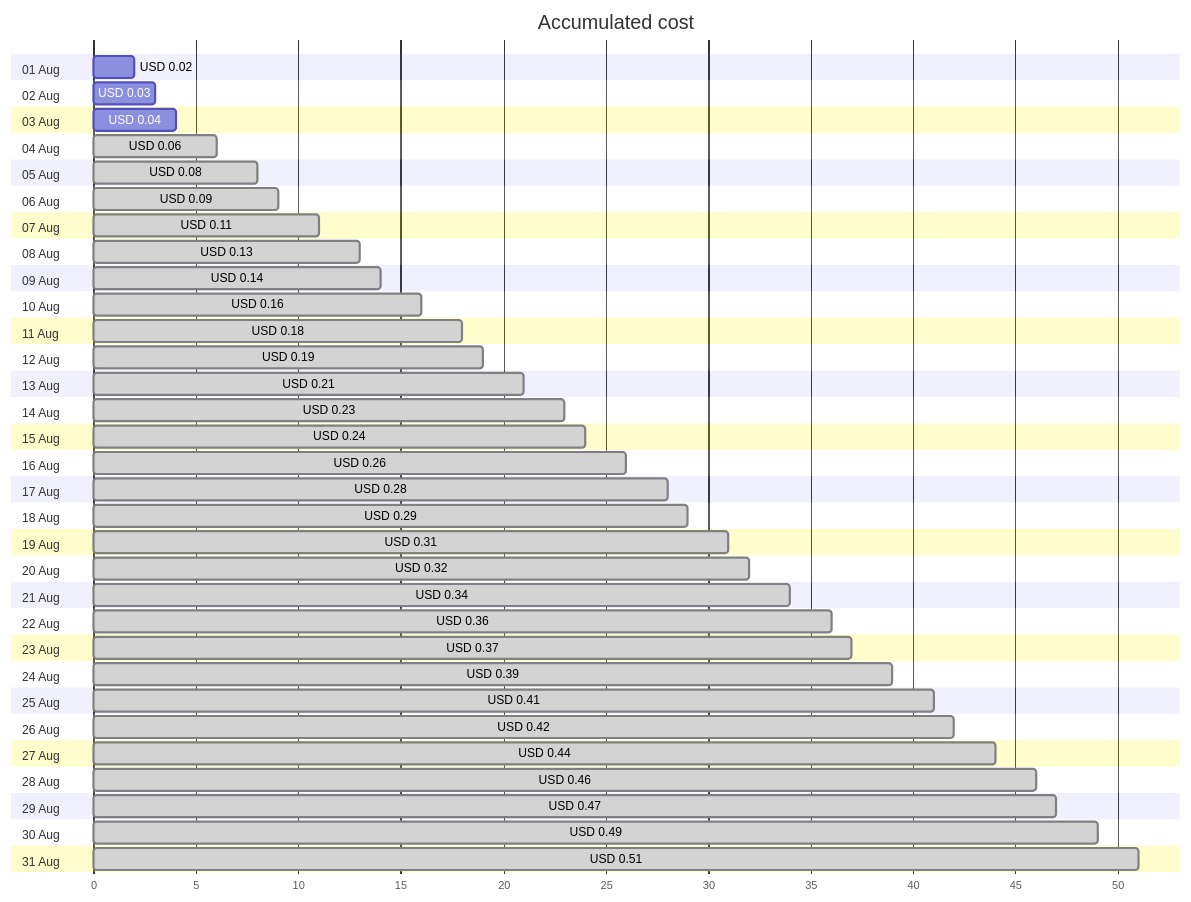
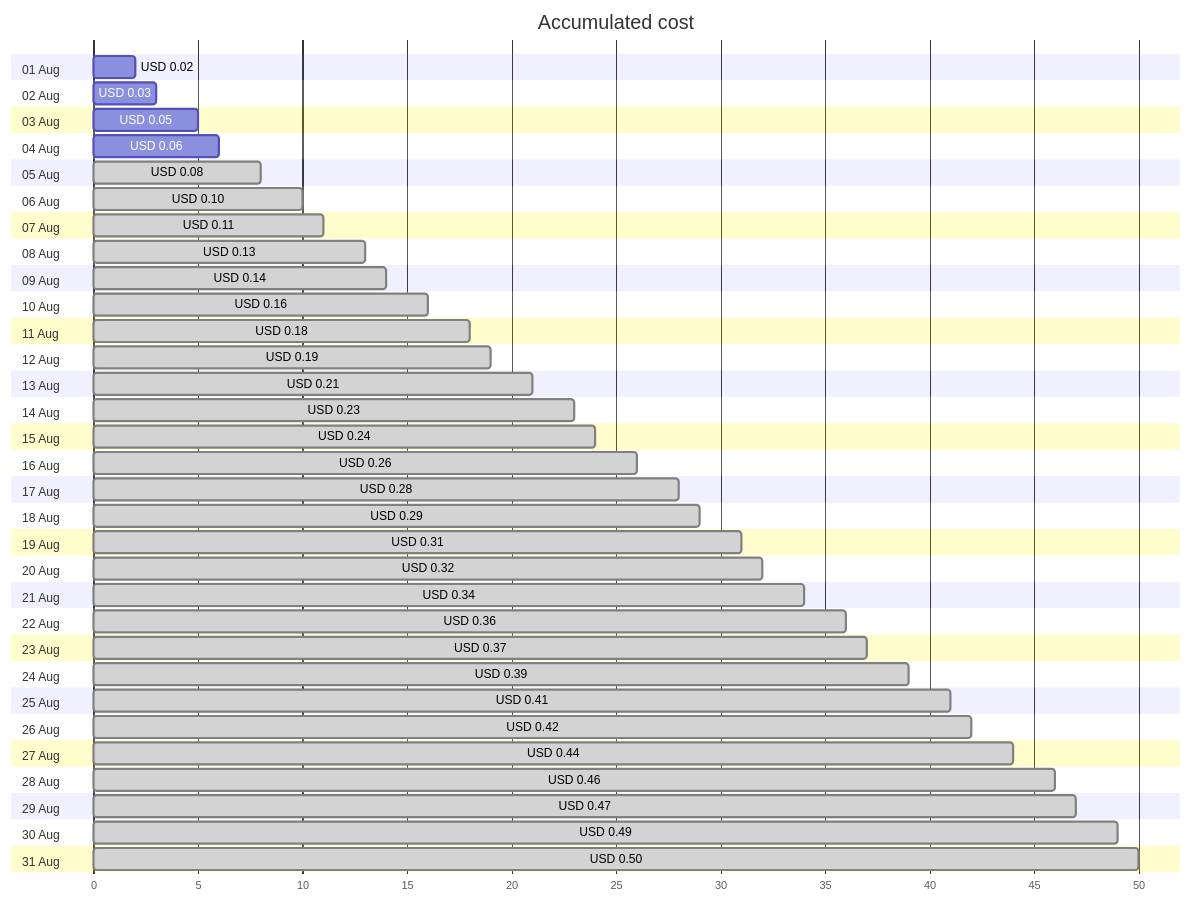
The first of 4 diagrams in cost-reports/personal-dns/jpatrickfulton.com.md (jpfulton/azure-personal-reports), drawn with Mermaid before and after one commit. The commit also changed other lines of this file and 2 other files, not shown here.

````diff
--- a/cost-reports/personal-dns/jpatrickfulton.com.md
+++ b/cost-reports/personal-dns/jpatrickfulton.com.md
@@ -20,68 +20,68 @@
 ```mermaid
 gantt
    title Accumulated cost
    dateFormat  X
    axisFormat %s
    section 01 Aug
    USD 0.02 :0, 2
    section 02 Aug
    USD 0.03 :0, 3
    section 03 Aug
-   USD 0.04 :0, 4
+   USD 0.05 :0, 5
    section 04 Aug
-   USD 0.06 : done, 0, 6
+   USD 0.06 :0, 6
    section 05 Aug
    USD 0.08 : done, 0, 8
    section 06 Aug
-   USD 0.09 : done, 0, 9
+   USD 0.10 : done, 0, 10
    section 07 Aug
    USD 0.11 : done, 0, 11
    section 08 Aug
    USD 0.13 : done, 0, 13
    section 09 Aug
    USD 0.14 : done, 0, 14
    section 10 Aug
    USD 0.16 : done, 0, 16
    section 11 Aug
    USD 0.18 : done, 0, 18
    section 12 Aug
    USD 0.19 : done, 0, 19
    section 13 Aug
    USD 0.21 : done, 0, 21
    section 14 Aug
    USD 0.23 : done, 0, 23
    section 15 Aug
    USD 0.24 : done, 0, 24
    section 16 Aug
    USD 0.26 : done, 0, 26
    section 17 Aug
    USD 0.28 : done, 0, 28
    section 18 Aug
    USD 0.29 : done, 0, 29
    section 19 Aug
    USD 0.31 : done, 0, 31
    section 20 Aug
    USD 0.32 : done, 0, 32
    section 21 Aug
    USD 0.34 : done, 0, 34
    section 22 Aug
    USD 0.36 : done, 0, 36
    section 23 Aug
    USD 0.37 : done, 0, 37
    section 24 Aug
    USD 0.39 : done, 0, 39
    section 25 Aug
    USD 0.41 : done, 0, 41
    section 26 Aug
    USD 0.42 : done, 0, 42
    section 27 Aug
    USD 0.44 : done, 0, 44
    section 28 Aug
    USD 0.46 : done, 0, 46
    section 29 Aug
    USD 0.47 : done, 0, 47
    section 30 Aug
    USD 0.49 : done, 0, 49
    section 31 Aug
-   USD 0.51 : done, 0, 51
+   USD 0.50 : done, 0, 50
 ```
````
